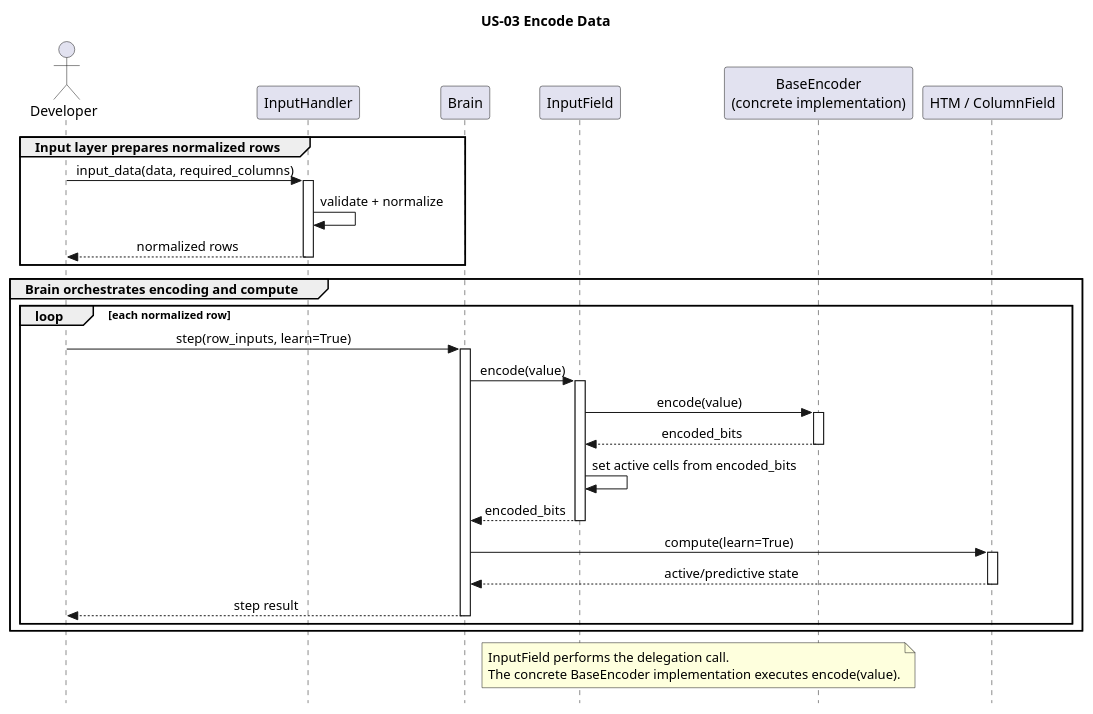
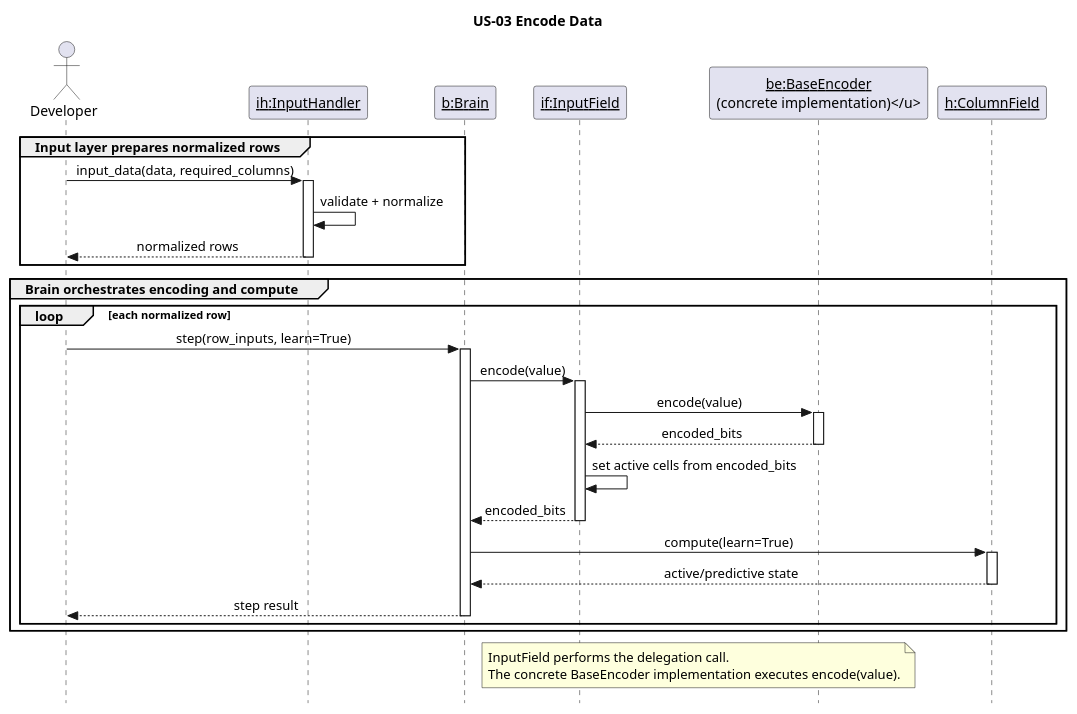
The diagram in docs/puml/US/us-03.puml (egrembocki/htmrl), drawn with PlantUML before and after one commit. The commit also changed 8 other files, not shown here.

```diff
--- a/docs/puml/US/us-03.puml
+++ b/docs/puml/US/us-03.puml
@@ -1,52 +1,52 @@
 @startuml
 skinparam style strictuml
 skinparam sequenceMessageAlign center
 skinparam responseMessageBelowArrow true
 
 title US-03 Encode Data
 
 actor Developer
-participant "InputHandler" as IH
-participant "Brain" as B
-participant "InputField" as IF
-participant "BaseEncoder\n(concrete implementation)" as BE
-participant "HTM / ColumnField" as H
+participant "<u>ih:InputHandler</u>" as IH
+participant "<u>b:Brain</u>" as B
+participant "<u>if:InputField</u>" as IF
+participant "<u>be:BaseEncoder\n(concrete implementation)</u>" as BE
+participant "<u>h:ColumnField</u>" as H
 
 group Input layer prepares normalized rows
   Developer -> IH: input_data(data, required_columns)
   activate IH
   IH -> IH: validate + normalize
   IH --> Developer: normalized rows
   deactivate IH
 end
 
 group Brain orchestrates encoding and compute
   loop each normalized row
     Developer -> B: step(row_inputs, learn=True)
     activate B
 
     B -> IF: encode(value)
     activate IF
     IF -> BE: encode(value)
     activate BE
     BE --> IF: encoded_bits
     deactivate BE
     IF -> IF: set active cells from encoded_bits
     IF --> B: encoded_bits
     deactivate IF
 
     B -> H: compute(learn=True)
     activate H
     H --> B: active/predictive state
     deactivate H
 
     B --> Developer: step result
     deactivate B
   end
 end
 
 note over IF,BE
 InputField performs the delegation call.
 The concrete BaseEncoder implementation executes encode(value).
 end note
 @enduml
```
